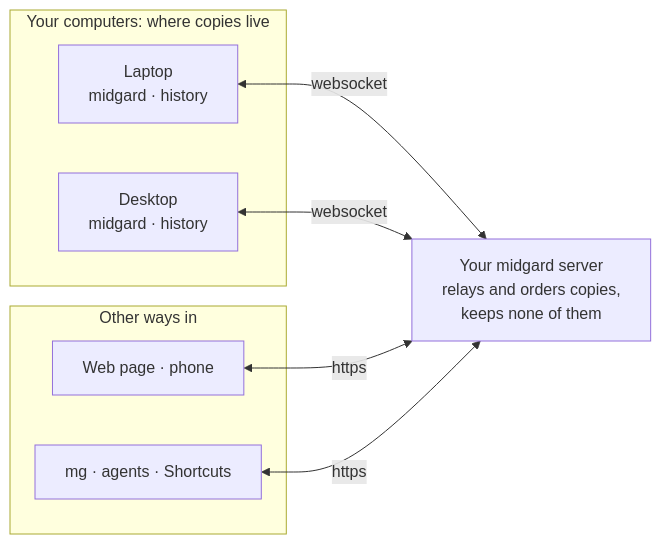
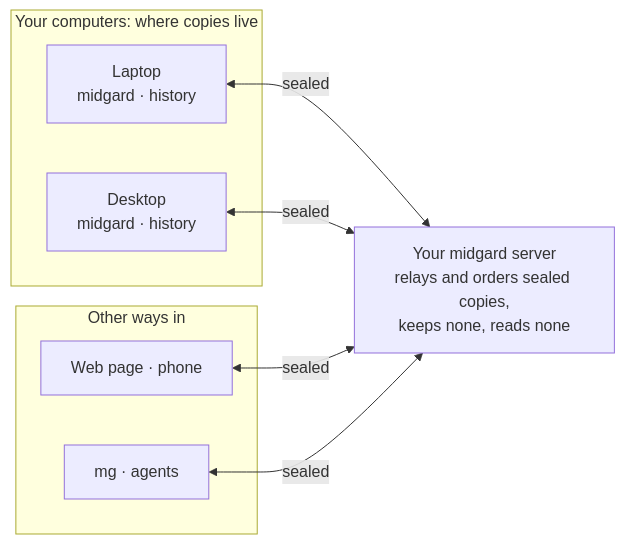
One commit to changkun/midgard changed the diagram in README.md. Above: the diagram before and after it, drawn with Mermaid. The commit also changed other lines of this file and 8 other files, not shown here.

````diff
--- a/README.md
+++ b/README.md
@@ -13,16 +14,16 @@
 ```mermaid
 flowchart LR
     subgraph you["Your computers: where copies live"]
         A["Laptop<br/>midgard · history"]
         B["Desktop<br/>midgard · history"]
     end
     subgraph other["Other ways in"]
         W["Web page · phone"]
-        C["mg · agents · Shortcuts"]
+        C["mg · agents"]
     end
-    R["Your midgard server<br/>relays and orders copies,<br/>keeps none of them"]
-    A <-->|websocket| R
-    B <-->|websocket| R
-    W <-->|https| R
-    C <-->|https| R
+    R["Your midgard server<br/>relays and orders sealed copies,<br/>keeps none, reads none"]
+    A <-->|sealed| R
+    B <-->|sealed| R
+    W <-->|sealed| R
+    C <-->|sealed| R
 ```
````
